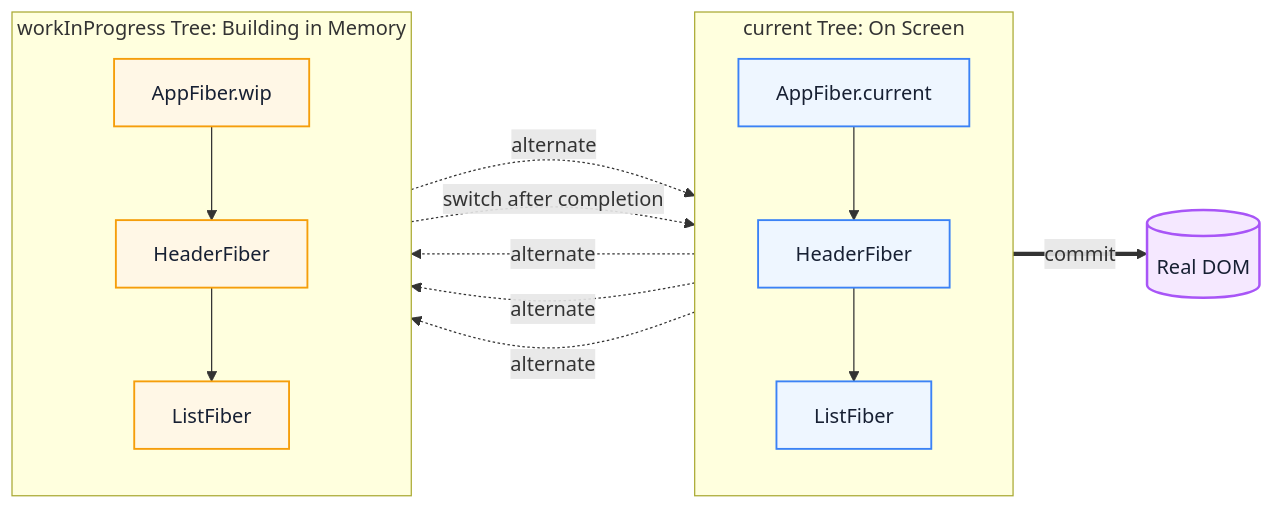
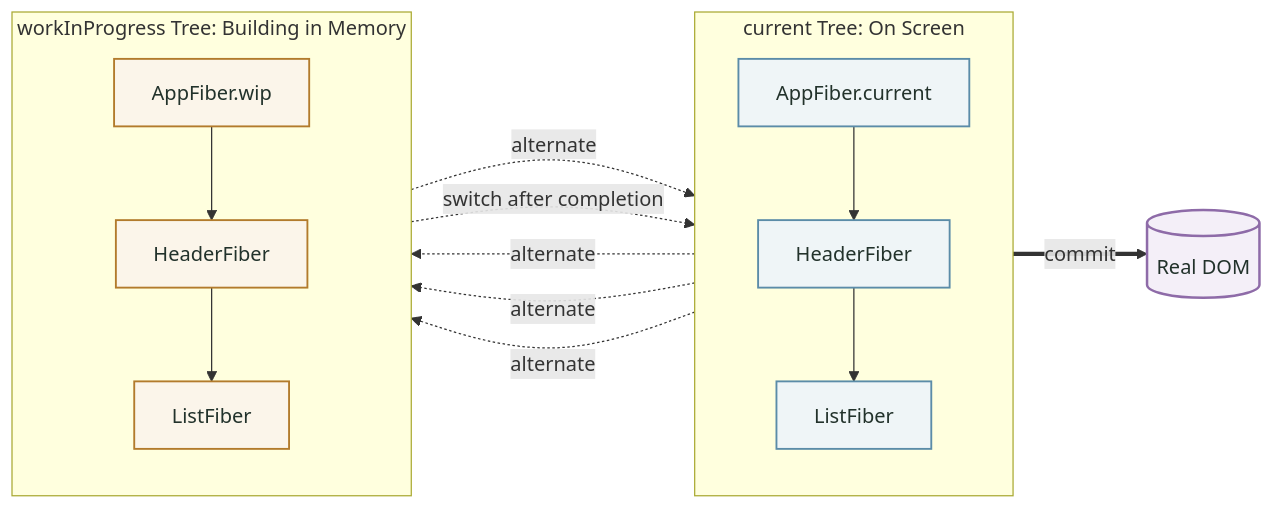
One commit to Fatejian/frontier-vault changed the third of 7 diagrams in docs/en/frameworks/react-fiber.md. Above: the diagram before and after it, drawn with Mermaid. The commit also changed other lines of this file and 63 other files, not shown here.

````diff
--- a/docs/en/frameworks/react-fiber.md
+++ b/docs/en/frameworks/react-fiber.md
@@ -289,34 +289,34 @@
 ```mermaid
 flowchart LR
     subgraph Current["current Tree: On Screen"]
         direction TB
         C1["AppFiber.current"]
         C2["HeaderFiber"]
         C3["ListFiber"]
         C1 --> C2 --> C3
     end
 
     subgraph WIP["workInProgress Tree: Building in Memory"]
         direction TB
         W1["AppFiber.wip"]
         W2["HeaderFiber"]
         W3["ListFiber"]
         W1 --> W2 --> W3
     end
 
     C1 -.alternate.-> W1
     W1 -.alternate.-> C1
     C2 -.alternate.-> W2
     C3 -.alternate.-> W3
 
     C3 ==>|commit| DOM[("Real DOM")]
     W3 -.switch after completion.-> C3
 
-    classDef wait fill:#EEF6FF,stroke:#3B82F6,color:#172033,stroke-width:1.5px;
-    classDef block fill:#FFF7E6,stroke:#F59E0B,color:#172033,stroke-width:1.5px;
-    classDef metric fill:#F5E8FF,stroke:#A855F7,color:#172033,stroke-width:2px;
+    classDef wait fill:#EFF5F7,stroke:#5B8CA8,color:#22322B,stroke-width:1.5px;
+    classDef block fill:#FBF5EA,stroke:#B27B2C,color:#22322B,stroke-width:1.5px;
+    classDef metric fill:#F4EFF8,stroke:#8E6BA8,color:#22322B,stroke-width:2px;
 
     class C1,C2,C3 wait;
     class W1,W2,W3 block;
     class DOM metric;
 ```
````
